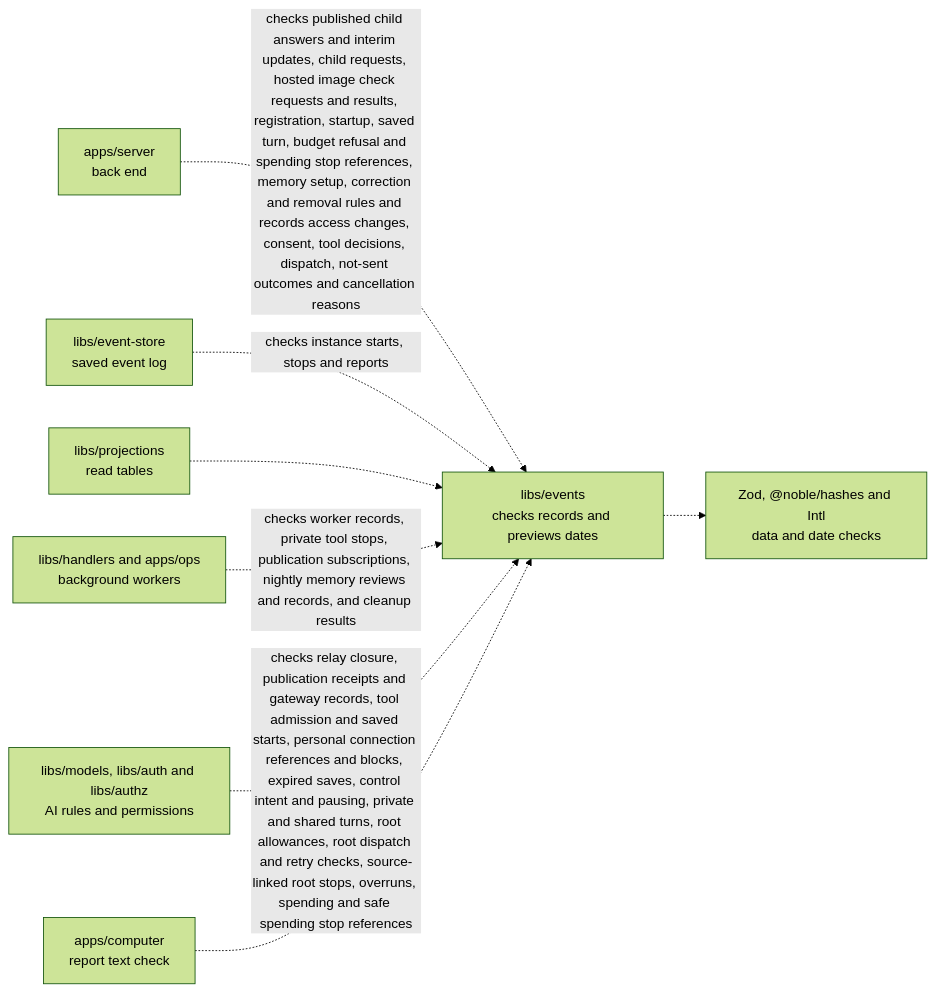
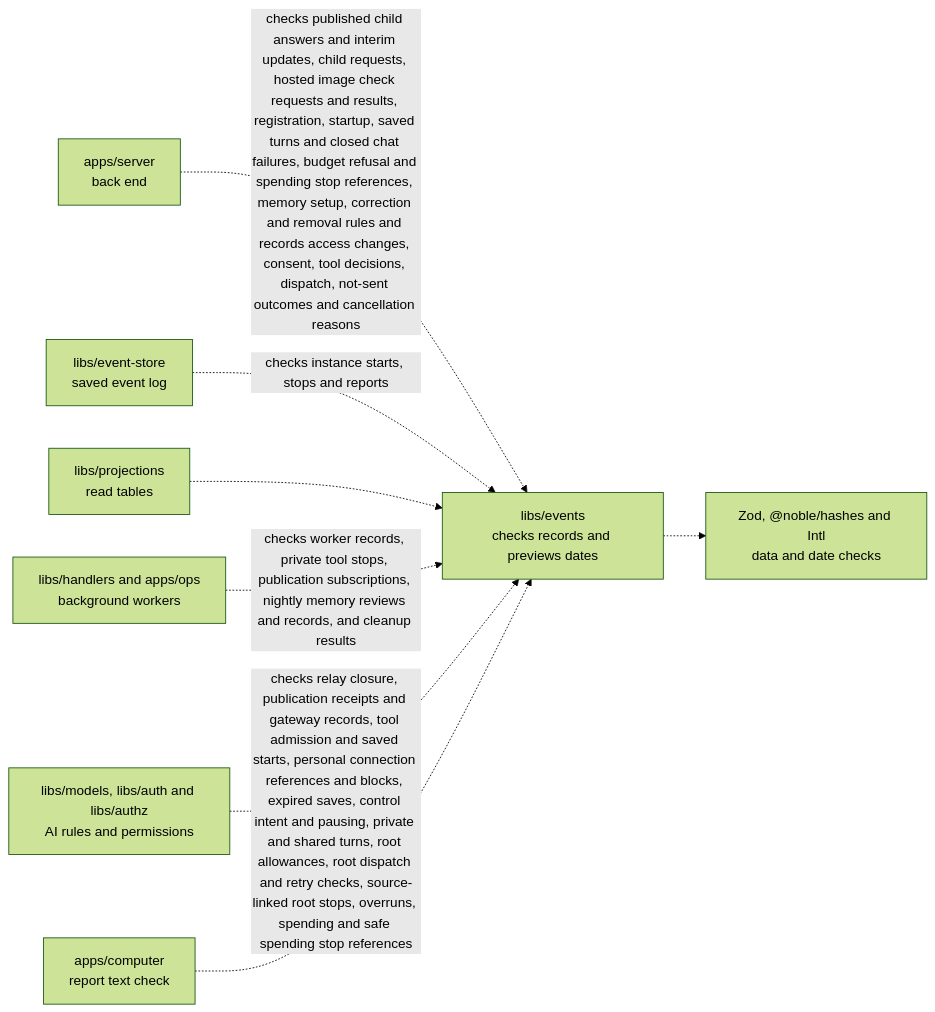
The diagram in libs/events/README.md (elewa-git/opencrane-new), drawn with Mermaid (forest theme) before and after one commit. The commit also changed other lines of this file and 13 other files, not shown here.

Commit message:
🧹 Clean up closed assistant chats from saved work

````diff
--- a/libs/events/README.md
+++ b/libs/events/README.md
@@ -27,10 +27,10 @@
 ```mermaid
 flowchart LR
-  server["apps/server<br/>back end"] -.->|checks published child answers and interim updates, child requests, hosted image check requests and results, registration, startup, saved turn, budget refusal and spending stop references, memory setup, correction and removal rules and records access changes, consent, tool decisions, dispatch, not-sent outcomes and cancellation reasons| events["libs/events<br/>checks records and previews dates"]
+  server["apps/server<br/>back end"] -.->|checks published child answers and interim updates, child requests, hosted image check requests and results, registration, startup, saved turns and closed chat failures, budget refusal and spending stop references, memory setup, correction and removal rules and records access changes, consent, tool decisions, dispatch, not-sent outcomes and cancellation reasons| events["libs/events<br/>checks records and previews dates"]
   store["libs/event-store<br/>saved event log"] -.->|checks instance starts, stops and reports| events
   projections["libs/projections<br/>read tables"] -.-> events
   workers["libs/handlers and apps/ops<br/>background workers"] -.->|checks worker records, private tool stops, publication subscriptions, nightly memory reviews and records, and cleanup results| events
   others["libs/models, libs/auth and libs/authz<br/>AI rules and permissions"] -.->|checks relay closure, publication receipts and gateway records, tool admission and saved starts, personal connection references and blocks, expired saves, control intent and pausing, private and shared turns, root allowances, root dispatch and retry checks, source-linked root stops, overruns, spending and safe spending stop references| events
   computer["apps/computer<br/>report text check"] -.-> events
   events -.-> checks["Zod, @noble/hashes and Intl<br/>data and date checks"]
 ```
````
